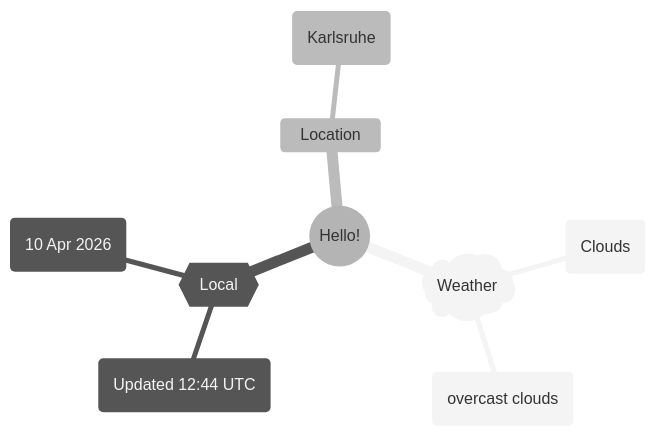
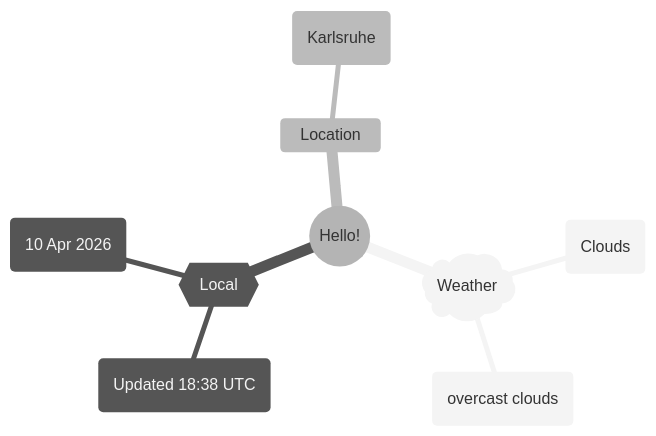
The first of 2 diagrams in README.md (Xosrov/Xosrov), drawn with Mermaid (neutral theme) before and after one commit.

Commit message:
[bot] updated images

````diff
--- a/README.md
+++ b/README.md
@@ -3,12 +3,12 @@
 ```mermaid
 mindmap
   root((Hello!))
     )Weather(
         (Clouds)
         (overcast clouds)
     {{Local}}
-        (Updated 12:44 UTC)
+        (Updated 18:38 UTC)
         (10 Apr 2026)
     Location
         (Karlsruhe)
 ```
````
